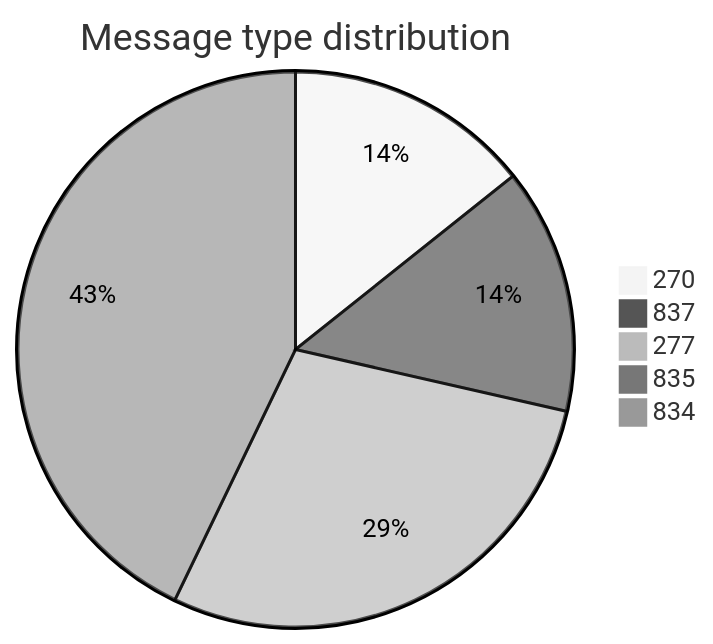
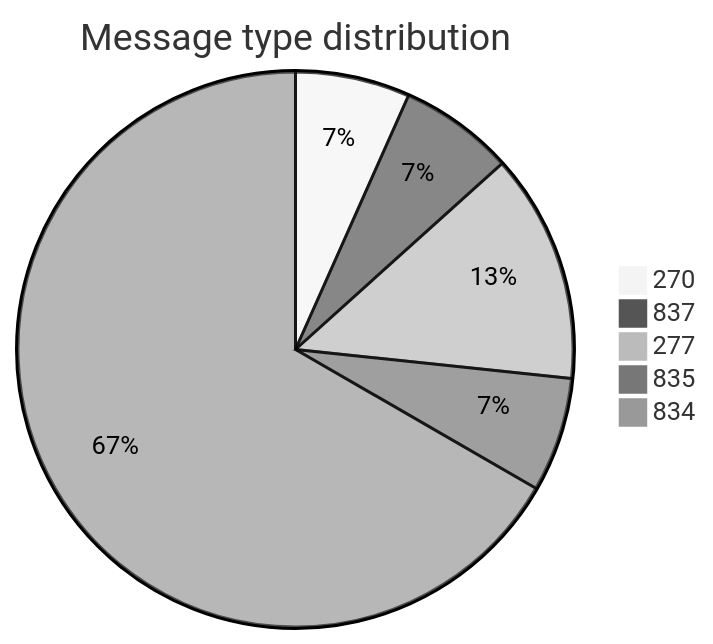
Before and after one commit to dhagan-va/intern-2025: the first of 10 diagrams in test-tools/DataGen/src/Statistics_Visualizer.md, drawn with Mermaid (neutral theme). The commit also changed other lines of this file and 2 other files, not shown here.

````diff
--- a/test-tools/DataGen/src/Statistics_Visualizer.md
+++ b/test-tools/DataGen/src/Statistics_Visualizer.md
@@ -18,8 +18,8 @@
 ```mermaid
 pie title Message type distribution
     "270" : 5
     "837" : 5
     "277" : 10
-    "835" : 0
-    "834" : 15
+    "835" : 5
+    "834" : 50
 ```
````
